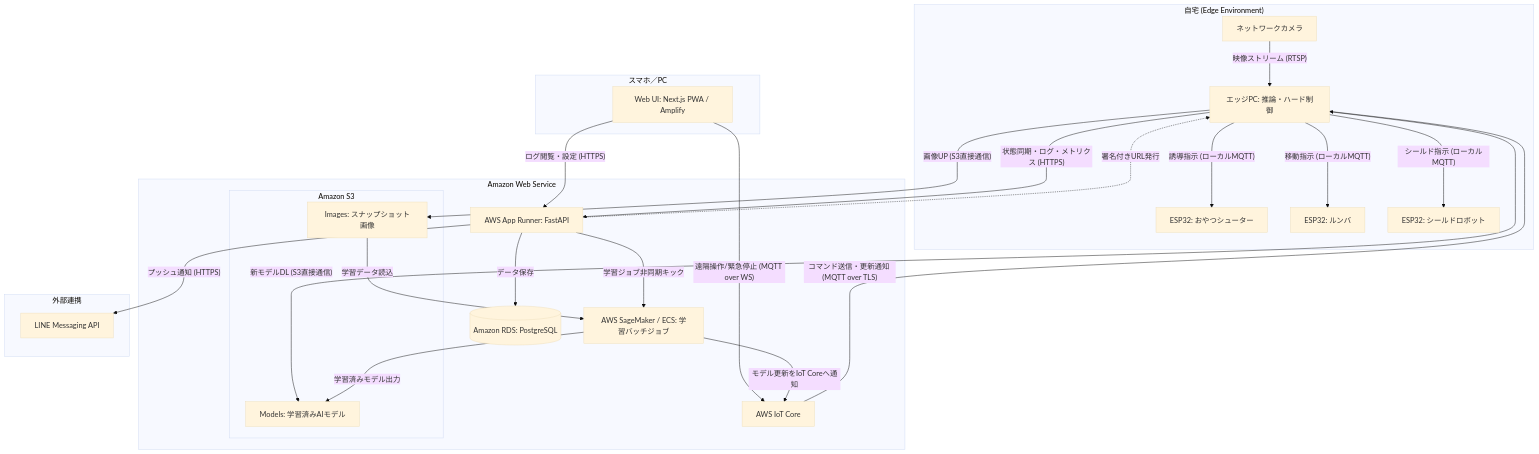
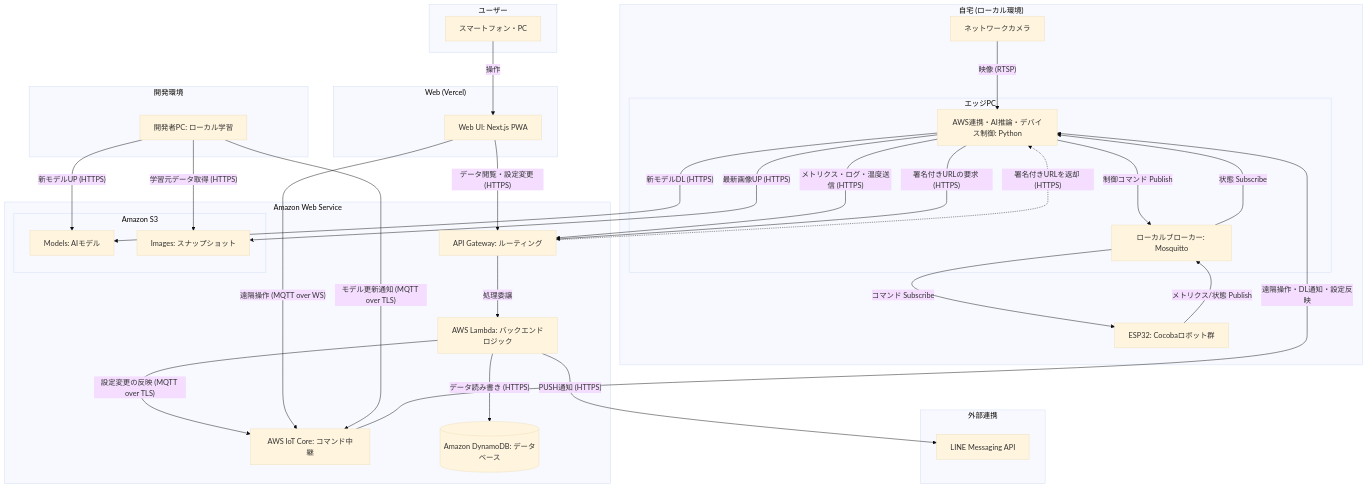
One commit to torakiti-1128/cocoba changed the first of 2 diagrams in docs/01_REQUIREMENTS/02_ARCHITECTURE.md. Above: the diagram before and after it, drawn with Mermaid (base theme). The commit also changed other lines of this file, not shown here.

Commit message:
docs(other): アーキテクチャ構成図の作成とNWとSECの仕様を記載

````diff
--- a/docs/01_REQUIREMENTS/02_ARCHITECTURE.md
+++ b/docs/01_REQUIREMENTS/02_ARCHITECTURE.md
@@ -31,47 +32,73 @@
 ```mermaid
 graph TB
-    subgraph "自宅 (Edge Environment)"
-        Camera[ネットワークカメラ] -- "映像ストリーム (RTSP)" --> EdgePC[エッジPC: 推論・ハード制御]
-        EdgePC -- "誘導指示 (ローカルMQTT)" --> ESP32_A[ESP32: おやつシューター]
-        EdgePC -- "移動指示 (ローカルMQTT)" --> ESP32_B[ESP32: ルンバ]
-        EdgePC -- "シールド指示 (ローカルMQTT)" --> ESP32_C[ESP32: シールドロボット]
+    subgraph "自宅 (ローカル環境)"
+        Camera[ネットワークカメラ]
+        
+        subgraph "エッジPC"
+            Logic[AWS連携・AI推論・デバイス制御: Python]
+            LocalBroker[ローカルブローカー: Mosquitto]
+        end
+        
+        ESP32_A[ESP32: Cocobaロボット群]
     end
 
     subgraph "Amazon Web Service"
-        IoTCore[AWS IoT Core]
-        AppRunner[AWS App Runner: FastAPI]
-        RDS[(Amazon RDS: PostgreSQL)]
-        TrainJob[AWS SageMaker / ECS: 学習バッチジョブ]
+        IoTCore[AWS IoT Core: コマンド中継]
+        APIGW[API Gateway: ルーティング]
+        Lambda[AWS Lambda: バックエンドロジック]
+        Database[(Amazon DynamoDB: データベース)]
         subgraph "Amazon S3"
-            S3_Img[Images: スナップショット画像]
-            S3_Model[Models: 学習済みAIモデル]
+            S3_Model[Models: AIモデル]
+            S3_Img[Images: スナップショット]
         end
     end
 
-    subgraph "スマホ／PC"
-        WebUI[Web UI: Next.js PWA / Amplify]
+    subgraph "ユーザー"
+        terminal[スマートフォン・PC]
+    end
+
+    subgraph "Web (Vercel)"
+        WebUI[Web UI: Next.js PWA]
+    end
+
+    subgraph "開発環境"    
+        DevPC[開発者PC: ローカル学習]
     end
 
     subgraph "外部連携"
-        LINE[LINE Messaging API]
+        Line[LINE Messaging API]
     end
 
-    %% 通信経路 (遠隔操作と状態同期)
-    WebUI -- "遠隔操作/緊急停止 (MQTT over WS)" --> IoTCore
-    IoTCore -- "コマンド送信・更新通知 (MQTT over TLS)" ---> EdgePC
-    EdgePC -- "状態同期・ログ・メトリクス (HTTPS)" --> AppRunner
-    WebUI -- "ログ閲覧・設定 (HTTPS)" --> AppRunner
-    AppRunner -- "データ保存" --> RDS
-    AppRunner -- "プッシュ通知 (HTTPS)" --> LINE
+    %% ユーザー操作
+    terminal -- "操作" --> WebUI
 
-    %% S3直接通信 (Presigned URLパターン)
-    AppRunner -. "署名付きURL発行" .-> EdgePC
-    EdgePC -- "画像UP (S3直接通信)" --> S3_Img
-    EdgePC -- "新モデルDL (S3直接通信)" --> S3_Model
+    %% エッジ内部連携
+    Camera -- "映像 (RTSP)" --> Logic
+    Logic -- "制御コマンド Publish" --> LocalBroker
+    LocalBroker -- "コマンド Subscribe" --> ESP32_A
+    ESP32_A -- "メトリクス/状態 Publish" --> LocalBroker
+    LocalBroker -- "状態 Subscribe" --> Logic
 
-    %% 学習サイクル (非同期)
-    AppRunner -- "学習ジョブ非同期キック" --> TrainJob
-    S3_Img -- "学習データ読込" --> TrainJob
-    TrainJob -- "学習済みモデル出力" --> S3_Model
-    TrainJob -- "モデル更新をIoT Coreへ通知" --> IoTCore
+    %% エッジPCとAWS連携
+    Logic -- "メトリクス・ログ・温度送信 (HTTPS)" --> APIGW
+    Logic -- "署名付きURLの要求 (HTTPS)" --> APIGW
+    Logic -- "最新画像UP (HTTPS)" --> S3_Img
+    Logic -- "新モデルDL (HTTPS)" --> S3_Model
+    APIGW -. "署名付きURLを返却 (HTTPS)" .-> Logic
+    IoTCore -- "遠隔操作・DL通知・設定反映"--> Logic
+
+    %% AWS内部連携
+    APIGW -- "処理委譲" --> Lambda
+    Lambda -- "データ読み書き (HTTPS)" --> Database
+    WebUI -- "データ閲覧・設定変更 (HTTPS)" --> APIGW
+    Lambda -- "設定変更の反映 (MQTT over TLS)" --> IoTCore
+
+    %% WEBと外部連携
+    WebUI -- "遠隔操作 (MQTT over WS)" --> IoTCore
+    Lambda -- "PUSH通知 (HTTPS) " --> Line
+
+    %% 開発パイプライン (Local Training)
+    DevPC -- "学習元データ取得 (HTTPS)" --> S3_Img
+    DevPC -- "新モデルUP (HTTPS)" --> S3_Model
+    DevPC -- "モデル更新通知 (MQTT over TLS)" --> IoTCore
 ```
````
